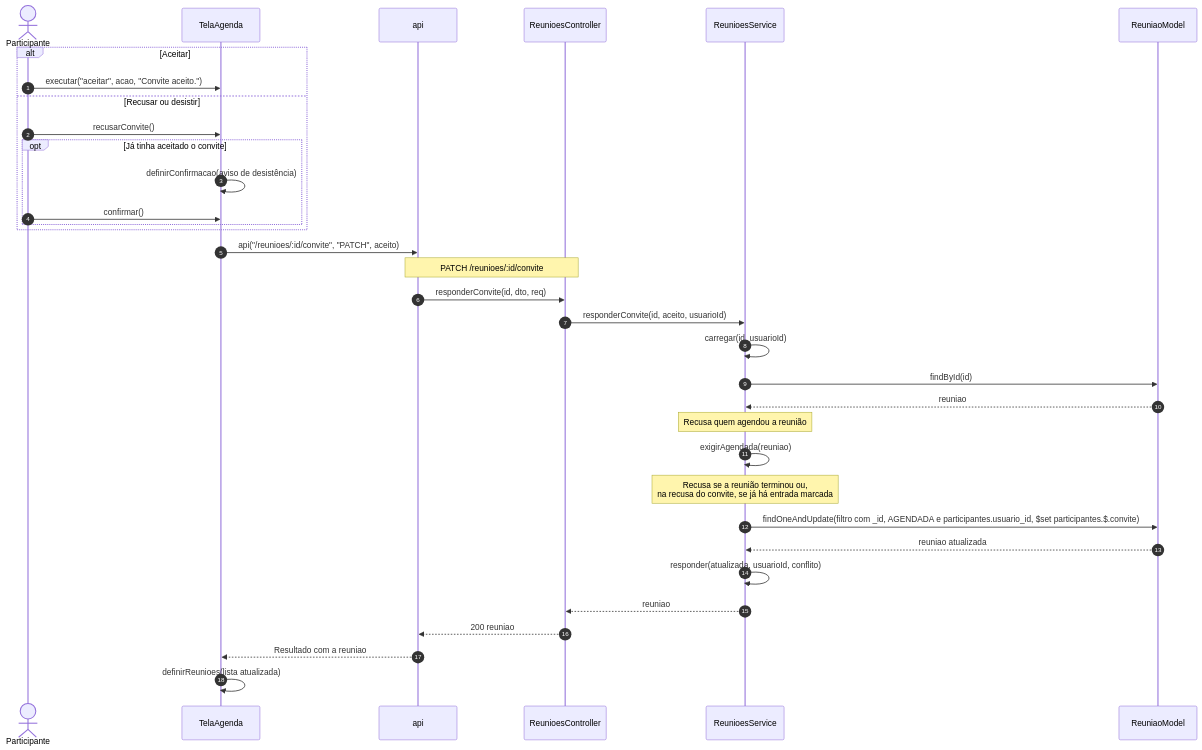
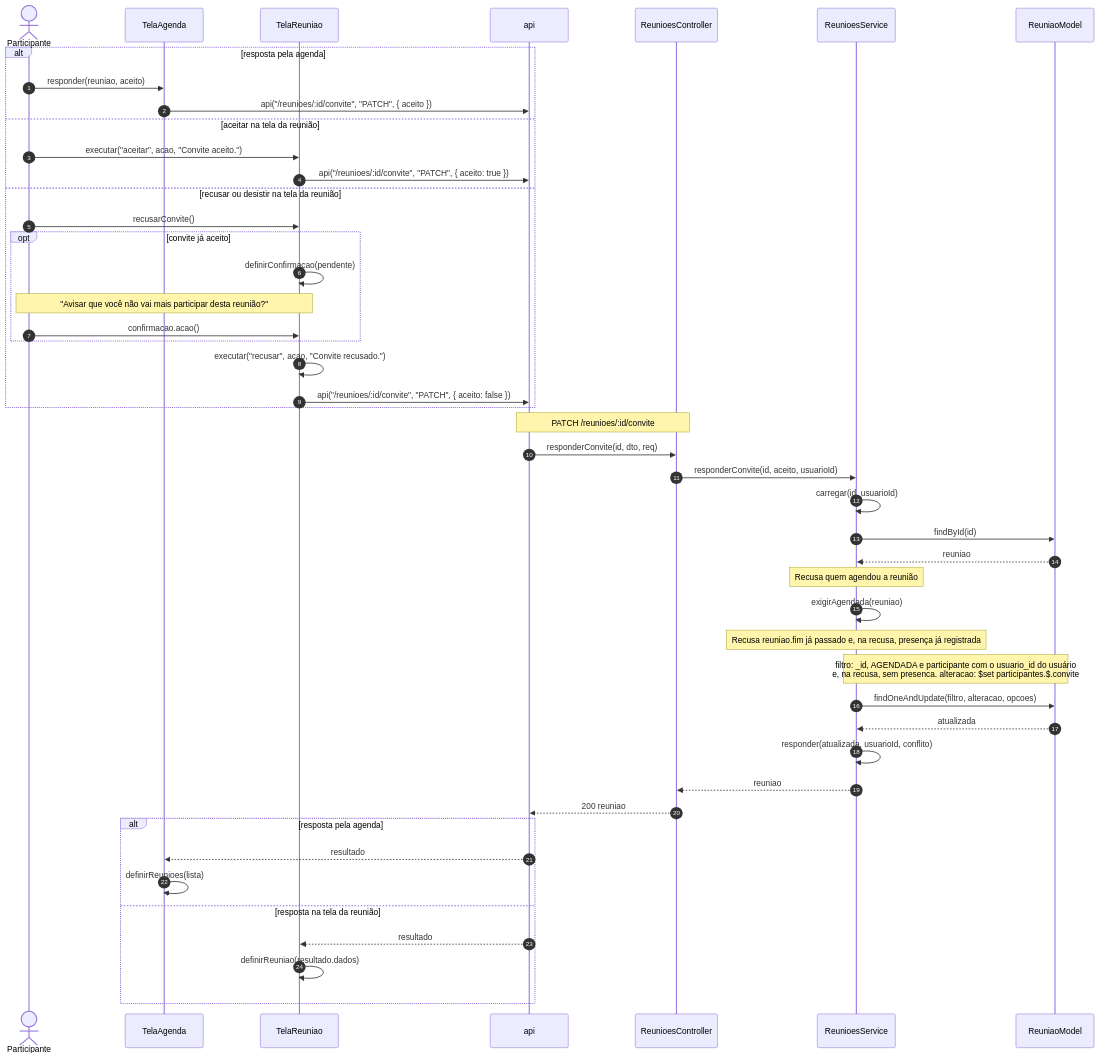
The fifth of 20 diagrams in 3 - Incremento2/reunioes/6 - diagramas-sequencia-reunioes.md (Conecta-IFSP/DOCUMENTATION), drawn with Mermaid before and after one commit. The commit also changed other lines of this file and 10 other files, not shown here.

````diff
--- a/3 - Incremento2/reunioes/6 - diagramas-sequencia-reunioes.md
+++ b/3 - Incremento2/reunioes/6 - diagramas-sequencia-reunioes.md
@@ -148,36 +179,49 @@
 ```mermaid
 sequenceDiagram
     autonumber
     actor U as Participante
-    participant T as TelaAgenda
+    participant G as TelaAgenda
+    participant T as TelaReuniao
     participant A as api
     participant C as ReunioesController
     participant S as ReunioesService
     participant M as ReuniaoModel
-    alt Aceitar
+    alt resposta pela agenda
+        U->>G: responder(reuniao, aceito)
+        G->>A: api("/reunioes/:id/convite", "PATCH", { aceito })
+    else aceitar na tela da reunião
         U->>T: executar("aceitar", acao, "Convite aceito.")
-    else Recusar ou desistir
+        T->>A: api("/reunioes/:id/convite", "PATCH", { aceito: true })
+    else recusar ou desistir na tela da reunião
         U->>T: recusarConvite()
-        opt Já tinha aceitado o convite
-            T->>T: definirConfirmacao(aviso de desistência)
-            U->>T: confirmar()
+        opt convite já aceito
+            T->>T: definirConfirmacao(pendente)
+            Note over U,T: "Avisar que você não vai mais participar desta reunião?"
+            U->>T: confirmacao.acao()
         end
+        T->>T: executar("recusar", acao, "Convite recusado.")
+        T->>A: api("/reunioes/:id/convite", "PATCH", { aceito: false })
     end
-    T->>A: api("/reunioes/:id/convite", "PATCH", aceito)
     Note over A,C: PATCH /reunioes/:id/convite
     A->>C: responderConvite(id, dto, req)
     C->>S: responderConvite(id, aceito, usuarioId)
     S->>S: carregar(id, usuarioId)
     S->>M: findById(id)
     M-->>S: reuniao
     Note over S: Recusa quem agendou a reunião
     S->>S: exigirAgendada(reuniao)
-    Note over S: Recusa se a reunião terminou ou,<br/>na recusa do convite, se já há entrada marcada
-    S->>M: findOneAndUpdate(filtro com _id, AGENDADA e participantes.usuario_id, $set participantes.$.convite)
-    M-->>S: reuniao atualizada
+    Note over S: Recusa reuniao.fim já passado e, na recusa, presença já registrada
+    Note over S,M: filtro: _id, AGENDADA e participante com o usuario_id do usuário<br/>e, na recusa, sem presenca. alteracao: $set participantes.$.convite
+    S->>M: findOneAndUpdate(filtro, alteracao, opcoes)
+    M-->>S: atualizada
     S->>S: responder(atualizada, usuarioId, conflito)
     S-->>C: reuniao
     C-->>A: 200 reuniao
-    A-->>T: Resultado com a reuniao
-    T->>T: definirReunioes(lista atualizada)
+    alt resposta pela agenda
+        A-->>G: resultado
+        G->>G: definirReunioes(lista)
+    else resposta na tela da reunião
+        A-->>T: resultado
+        T->>T: definirReuniao(resultado.dados)
+    end
 ```
````
